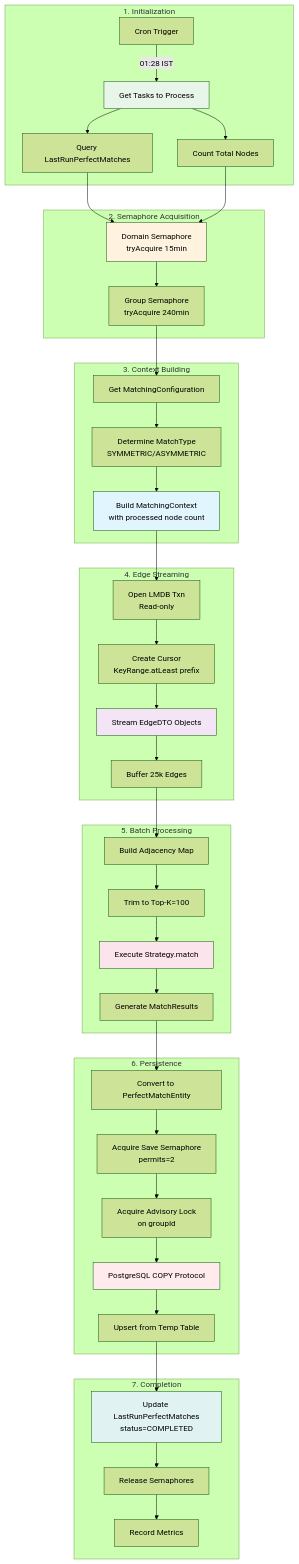
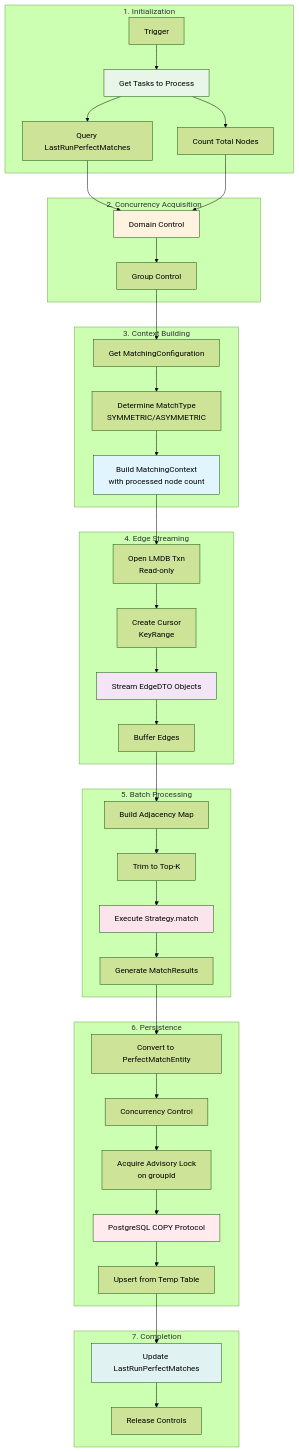
One commit to kagit00/schedule_x changed the ninth of 20 diagrams in docs/Low Level Designs/ScheduledPerfectMatchesCreation.md. Above: the diagram before and after it, drawn with Mermaid (forest theme). The commit also changed other lines of this file and 7 other files, not shown here.

````diff
--- a/docs/Low Level Designs/ScheduledPerfectMatchesCreation.md
+++ b/docs/Low Level Designs/ScheduledPerfectMatchesCreation.md
@@ -345,70 +323,68 @@
 ```mermaid
 graph TB
     subgraph "1. Initialization"
-        A1[Cron Trigger] -->|01:28 IST| A2[Get Tasks to Process]
+        A1[Trigger] --> A2[Get Tasks to Process]
         A2 --> A3[Query LastRunPerfectMatches]
         A2 --> A4[Count Total Nodes]
     end
     
-    subgraph "2. Semaphore Acquisition"
-        B1[Domain Semaphore<br/>tryAcquire 15min]
-        B2[Group Semaphore<br/>tryAcquire 240min]
+    subgraph "2. Concurrency Acquisition"
+        B1[Domain Control]
+        B2[Group Control]
         B1 --> B2
     end
     
     subgraph "3. Context Building"
         C1[Get MatchingConfiguration]
         C2[Determine MatchType<br/>SYMMETRIC/ASYMMETRIC]
         C3[Build MatchingContext<br/>with processed node count]
         C1 --> C2 --> C3
     end
     
     subgraph "4. Edge Streaming"
         D1[Open LMDB Txn<br/>Read-only]
-        D2[Create Cursor<br/>KeyRange.atLeast prefix]
+        D2[Create Cursor<br/>KeyRange]
         D3[Stream EdgeDTO Objects]
-        D4[Buffer 25k Edges]
+        D4[Buffer Edges]
         D1 --> D2 --> D3 --> D4
     end
     
     subgraph "5. Batch Processing"
         E1[Build Adjacency Map]
-        E2[Trim to Top-K=100]
+        E2[Trim to Top-K]
         E3[Execute Strategy.match]
         E4[Generate MatchResults]
         E1 --> E2 --> E3 --> E4
     end
     
     subgraph "6. Persistence"
         F1[Convert to PerfectMatchEntity]
-        F2[Acquire Save Semaphore<br/>permits=2]
+        F2[Concurrency Control]
         F3[Acquire Advisory Lock<br/>on groupId]
         F4[PostgreSQL COPY Protocol]
         F5[Upsert from Temp Table]
         F1 --> F2 --> F3 --> F4 --> F5
     end
     
     subgraph "7. Completion"
-        G1[Update LastRunPerfectMatches<br/>status=COMPLETED]
-        G2[Release Semaphores]
-        G3[Record Metrics]
+        G1[Update LastRunPerfectMatches]
+        G2[Release Controls]
     end
     
     A3 --> B1
     A4 --> B1
     B2 --> C1
     C3 --> D1
     D4 --> E1
     E4 --> F1
     F5 --> G1
     G1 --> G2
-    G2 --> G3
     
     style A2 fill:#E8F5E9
     style B1 fill:#FFF3E0
     style C3 fill:#E1F5FE
     style D3 fill:#F3E5F5
     style E3 fill:#FCE4EC
     style F4 fill:#FFEBEE
     style G1 fill:#E0F2F1
 ```
````
